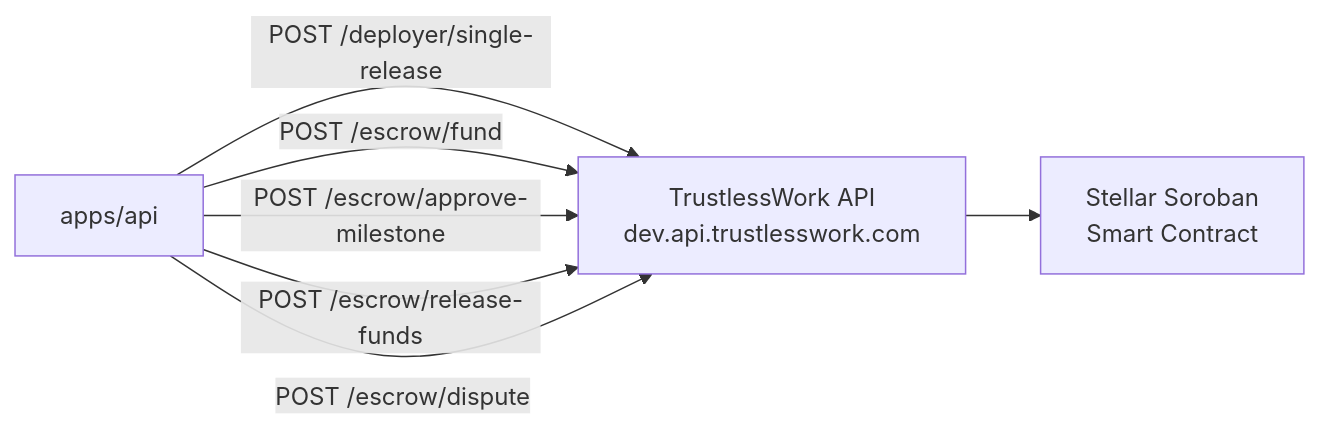
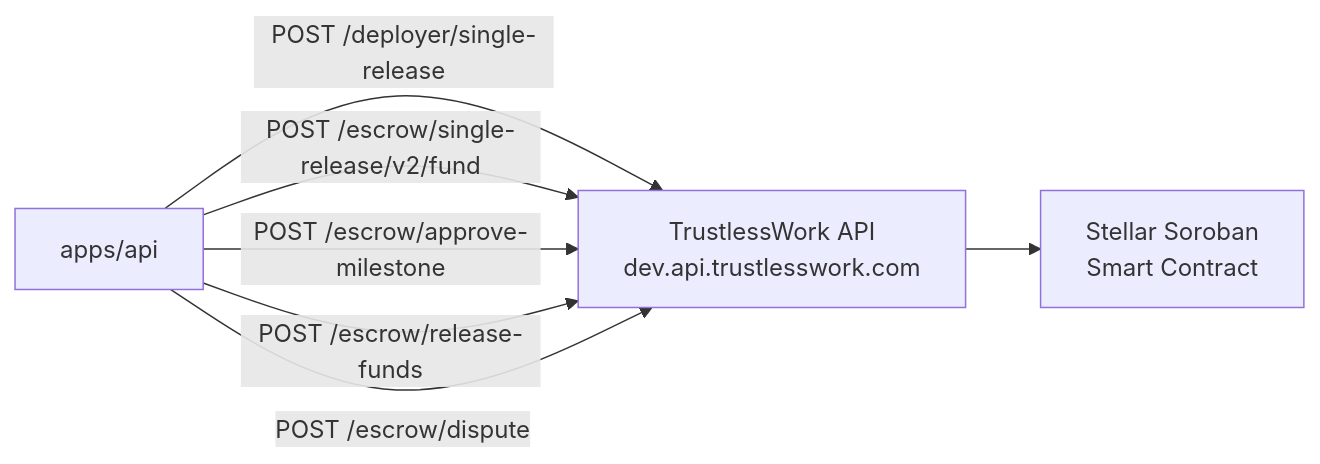
One commit to safetrustcr/dApp-SafeTrust changed the diagram in docs/stellar/trustlesswork.md. Above: the diagram before and after it, drawn with Mermaid. The commit also changed other lines of this file and 19 other files, not shown here.

````diff
--- a/docs/stellar/trustlesswork.md
+++ b/docs/stellar/trustlesswork.md
@@ -10,13 +10,13 @@
 ```mermaid
 graph LR
     API["apps/api"]
     TW["TrustlessWork API\ndev.api.trustlesswork.com"]
     Soroban["Stellar Soroban\nSmart Contract"]
 
     API -->|"POST /deployer/single-release"| TW
-    API -->|"POST /escrow/fund"| TW
+    API -->|"POST /escrow/single-release/v2/fund"| TW
     API -->|"POST /escrow/approve-milestone"| TW
     API -->|"POST /escrow/release-funds"| TW
     API -->|"POST /escrow/dispute"| TW
     TW --> Soroban
 ```
````
